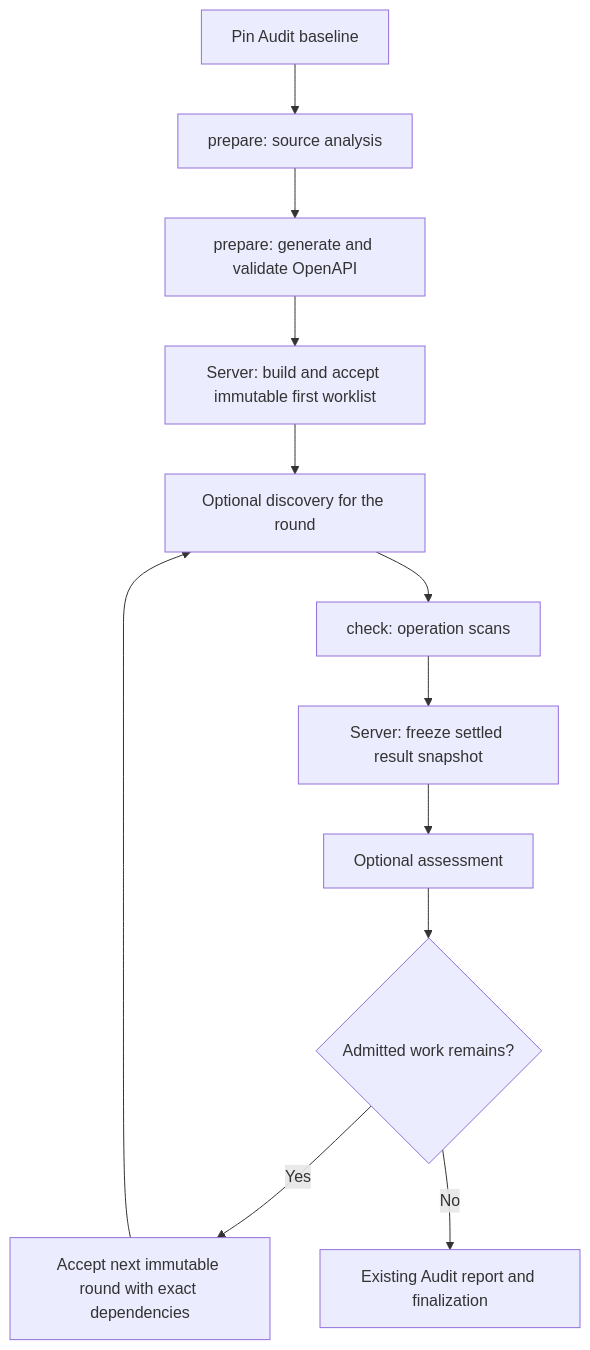
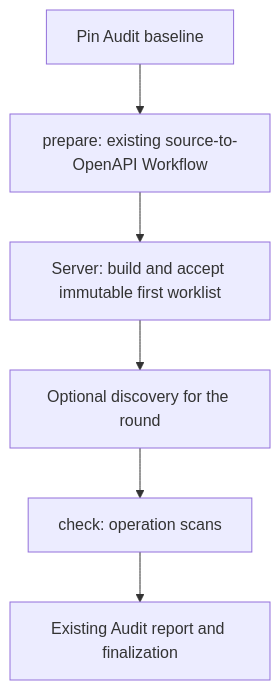
One commit to grauwolf32/contractor changed the diagram in docs/plans/2026-09-20-audit-workflow-composition.md. Above: the diagram before and after it, drawn with Mermaid. The commit also changed other lines of this file and 23 other files, not shown here.

````diff
--- a/docs/plans/2026-09-20-audit-workflow-composition.md
+++ b/docs/plans/2026-09-20-audit-workflow-composition.md
@@ -26,14 +43,8 @@
 ```mermaid
 flowchart TD
-  B[Pin Audit baseline] --> P[prepare: source analysis]
-  P --> O[prepare: generate and validate OpenAPI]
+  B[Pin Audit baseline] --> O[prepare: existing source-to-OpenAPI Workflow]
   O --> I[Server: build and accept immutable first worklist]
   I --> D[Optional discovery for the round]
   D --> C[check: operation scans]
-  C --> S[Server: freeze settled result snapshot]
-  S --> A[Optional assessment]
-  A --> N{Admitted work remains?}
-  N -->|Yes| R[Accept next immutable round with exact dependencies]
-  R --> D
-  N -->|No| F[Existing Audit report and finalization]
+  C --> F[Existing Audit report and finalization]
 ```
````
